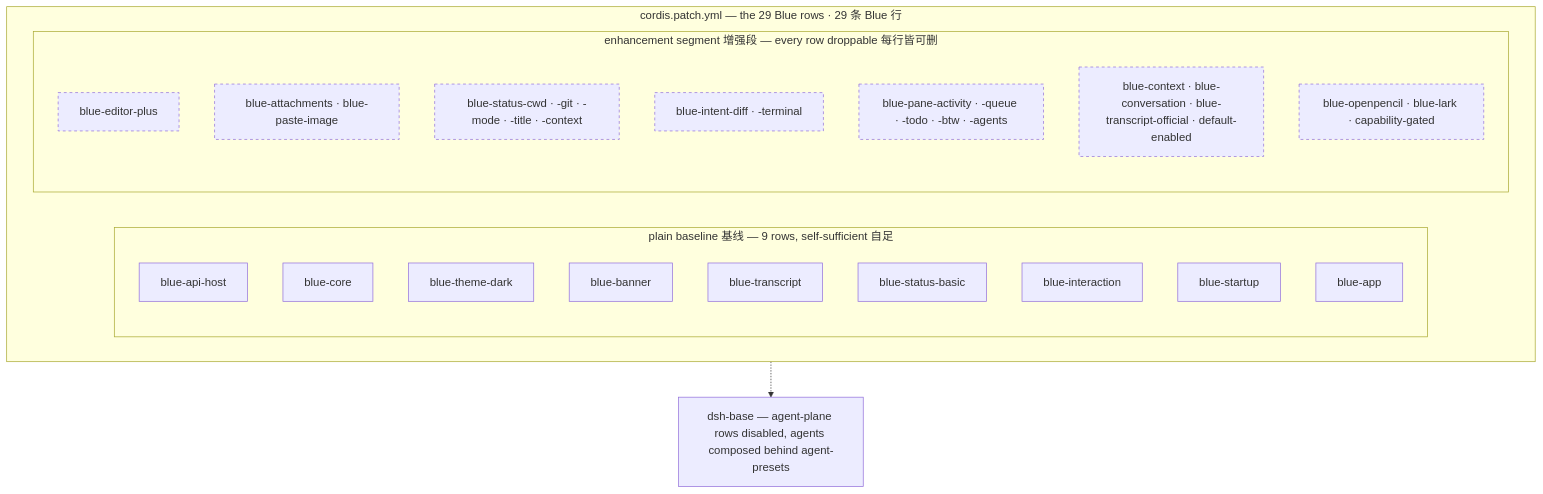
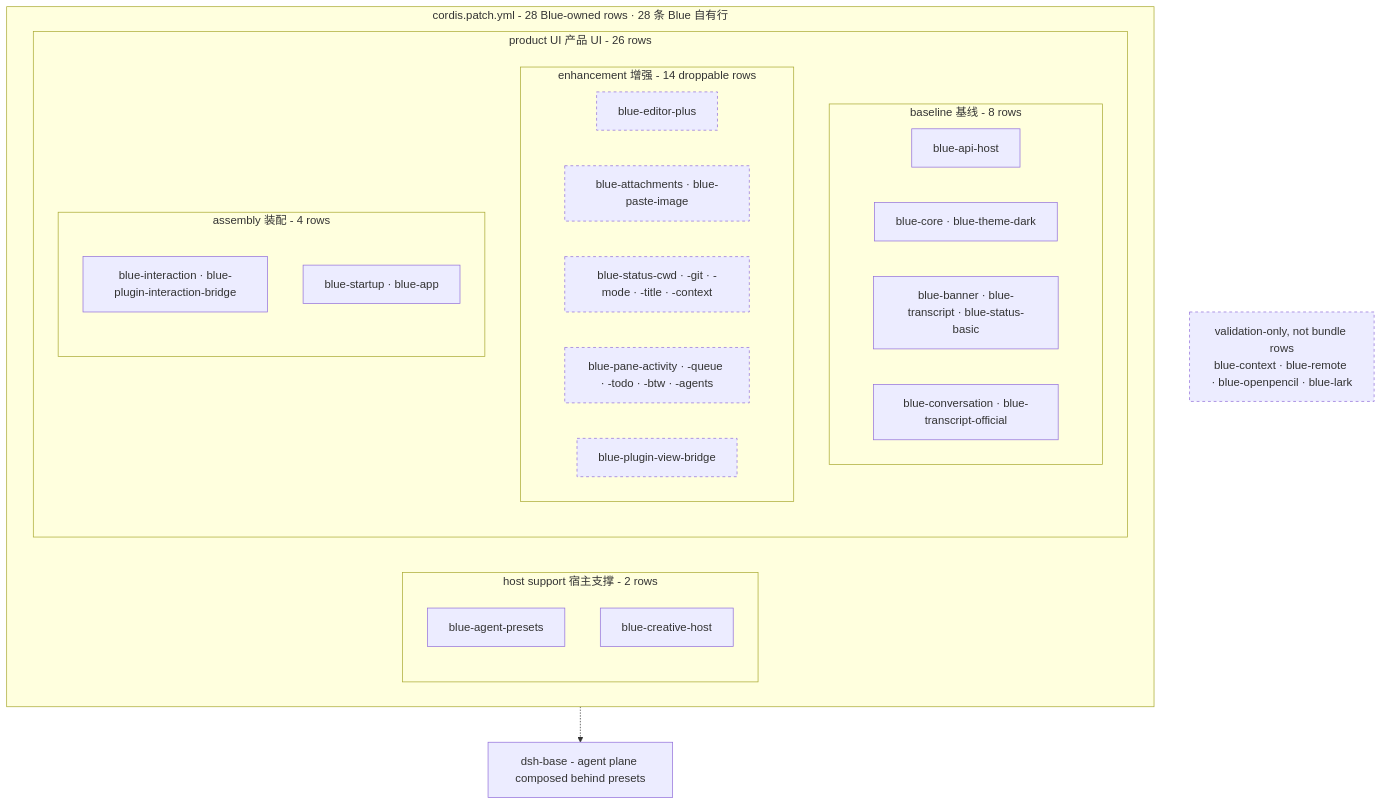
The diagram in docs/diagrams/blue-composition.mmd (dsh-blue/blue), drawn with Mermaid before and after one commit. The commit also changed 275 other files, not shown here.

```diff
--- a/docs/diagrams/blue-composition.mmd
+++ b/docs/diagrams/blue-composition.mmd
@@ -1,28 +1,32 @@
 flowchart TB
-    subgraph bundle["cordis.patch.yml — the 29 Blue rows · 29 条 Blue 行"]
-        subgraph baseline["plain baseline 基线 — 9 rows, self-sufficient 自足"]
-            api["blue-api-host"]
-            core["blue-core"]
-            theme["blue-theme-dark"]
-            banner["blue-banner"]
-            transcript["blue-transcript"]
-            sbasic["blue-status-basic"]
-            interaction["blue-interaction"]
-            startup["blue-startup"]
-            bapp["blue-app"]
+    subgraph bundle["cordis.patch.yml - 28 Blue-owned rows · 28 条 Blue 自有行"]
+        subgraph host["host support 宿主支撑 - 2 rows"]
+            presets["blue-agent-presets"]
+            creative["blue-creative-host"]
         end
-        subgraph enhancement["enhancement segment 增强段 — every row droppable 每行皆可删"]
-            editorPlus["blue-editor-plus"]
-            att["blue-attachments · blue-paste-image"]
-            statusEnh["blue-status-cwd · -git · -mode · -title · -context"]
-            intents["blue-intent-diff · -terminal"]
-            panes["blue-pane-activity · -queue · -todo · -btw · -agents"]
-            runtime["blue-context · blue-conversation · blue-transcript-official · default-enabled"]
-            adapters["blue-openpencil · blue-lark · capability-gated"]
+        subgraph product["product UI 产品 UI - 26 rows"]
+            subgraph baseline["baseline 基线 - 8 rows"]
+                api["blue-api-host"]
+                core["blue-core · blue-theme-dark"]
+                chrome["blue-banner · blue-transcript · blue-status-basic"]
+                conversation["blue-conversation · blue-transcript-official"]
+            end
+            subgraph enhancement["enhancement 增强 - 14 droppable rows"]
+                editorPlus["blue-editor-plus"]
+                att["blue-attachments · blue-paste-image"]
+                statusEnh["blue-status-cwd · -git · -mode · -title · -context"]
+                panes["blue-pane-activity · -queue · -todo · -btw · -agents"]
+                viewBridge["blue-plugin-view-bridge"]
+            end
+            subgraph assembly["assembly 装配 - 4 rows"]
+                interaction["blue-interaction · blue-plugin-interaction-bridge"]
+                startup["blue-startup · blue-app"]
+            end
         end
     end
-    dshbase["dsh-base — agent-plane rows disabled, agents composed behind agent-presets"]
+    validation["validation-only, not bundle rows\nblue-context · blue-remote · blue-openpencil · blue-lark"]
+    dshbase["dsh-base - agent plane composed behind presets"]
     bundle -.-> dshbase
 
     classDef optional stroke-dasharray: 4 4;
-    class editorPlus,att,statusEnh,intents,panes,runtime,adapters optional;
+    class editorPlus,att,statusEnh,panes,viewBridge,validation optional;
```
